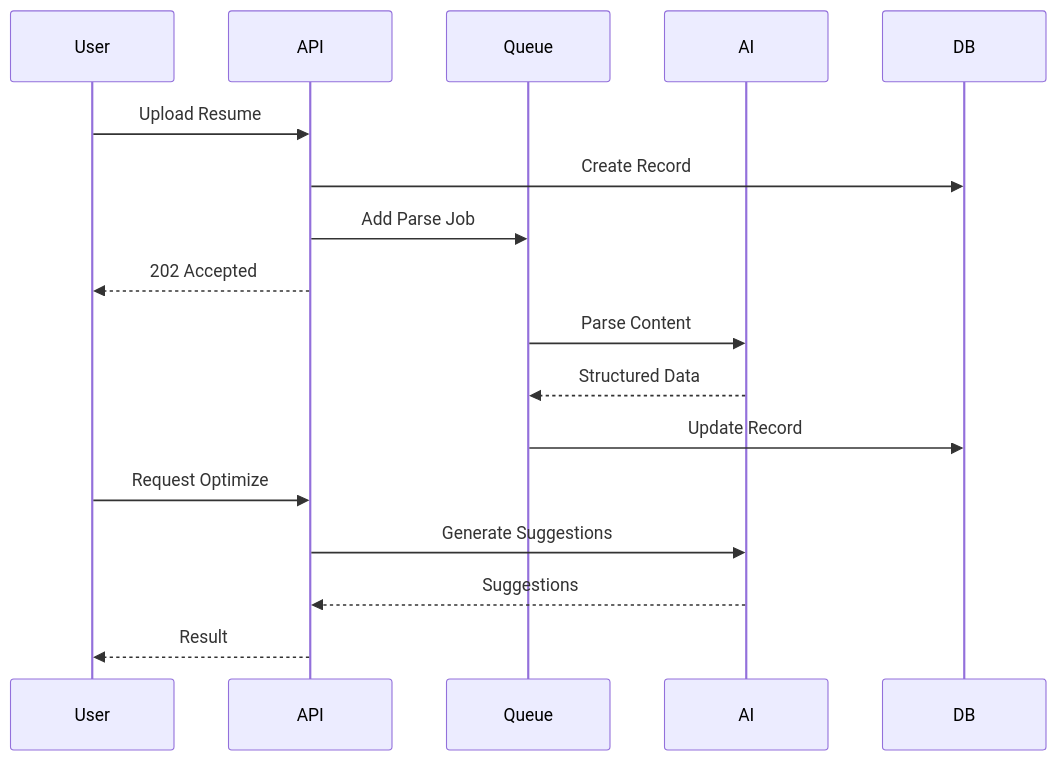
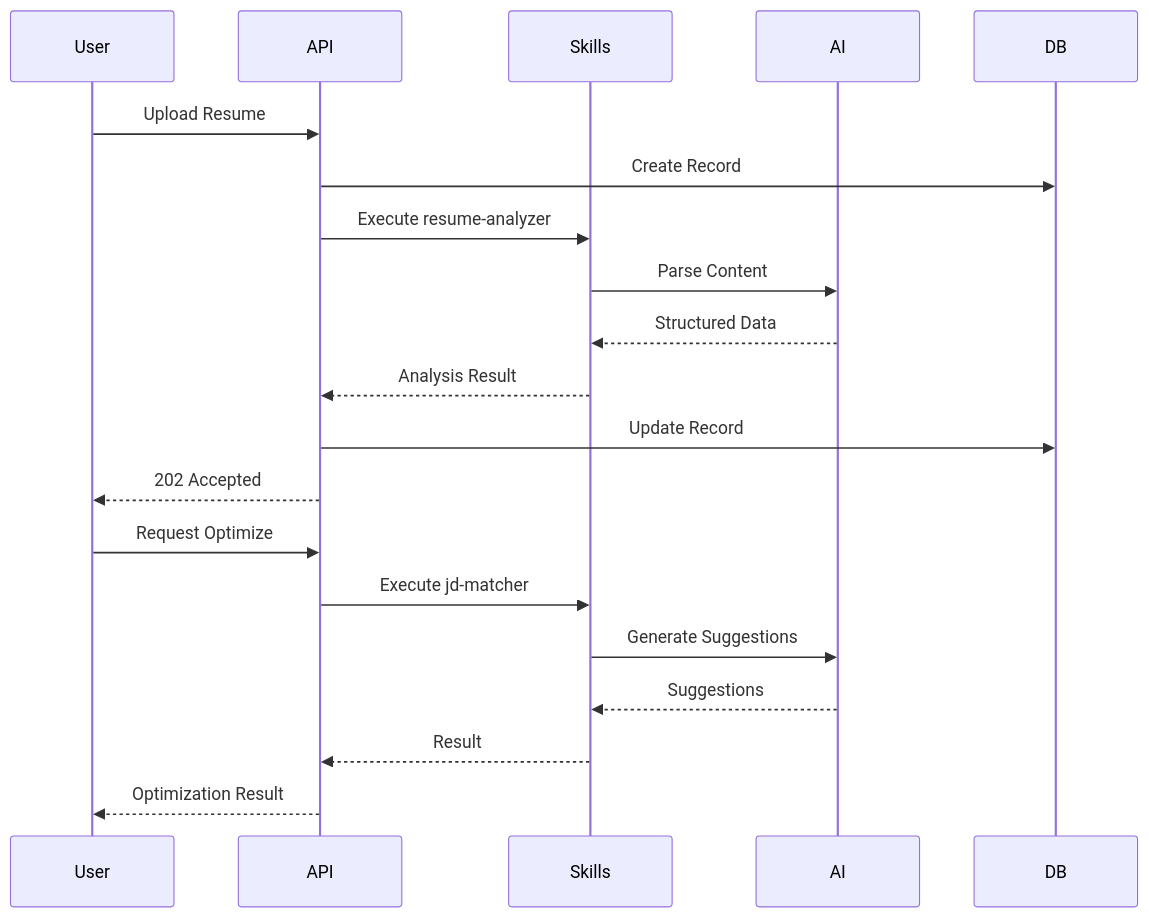
The sixth of 9 diagrams in docs/architecture/system-architecture.md (xuanyiying/IntervAI), drawn with Mermaid before and after one commit. The commit also changed other lines of this file and 284 other files, not shown here.

````diff
--- a/docs/architecture/system-architecture.md
+++ b/docs/architecture/system-architecture.md
@@ -85,22 +181,24 @@
 ```mermaid
 sequenceDiagram
     participant User
     participant API
-    participant Queue
+    participant Skills
     participant AI
     participant DB
 
     User->>API: Upload Resume
     API->>DB: Create Record
-    API->>Queue: Add Parse Job
+    API->>Skills: Execute resume-analyzer
+    Skills->>AI: Parse Content
+    AI-->>Skills: Structured Data
+    Skills-->>API: Analysis Result
+    API->>DB: Update Record
     API-->>User: 202 Accepted
-
-    Queue->>AI: Parse Content
-    AI-->>Queue: Structured Data
-    Queue->>DB: Update Record
     
     User->>API: Request Optimize
-    API->>AI: Generate Suggestions
-    AI-->>API: Suggestions
-    API-->>User: Result
+    API->>Skills: Execute jd-matcher
+    Skills->>AI: Generate Suggestions
+    AI-->>Skills: Suggestions
+    Skills-->>API: Result
+    API-->>User: Optimization Result
 ```
````
